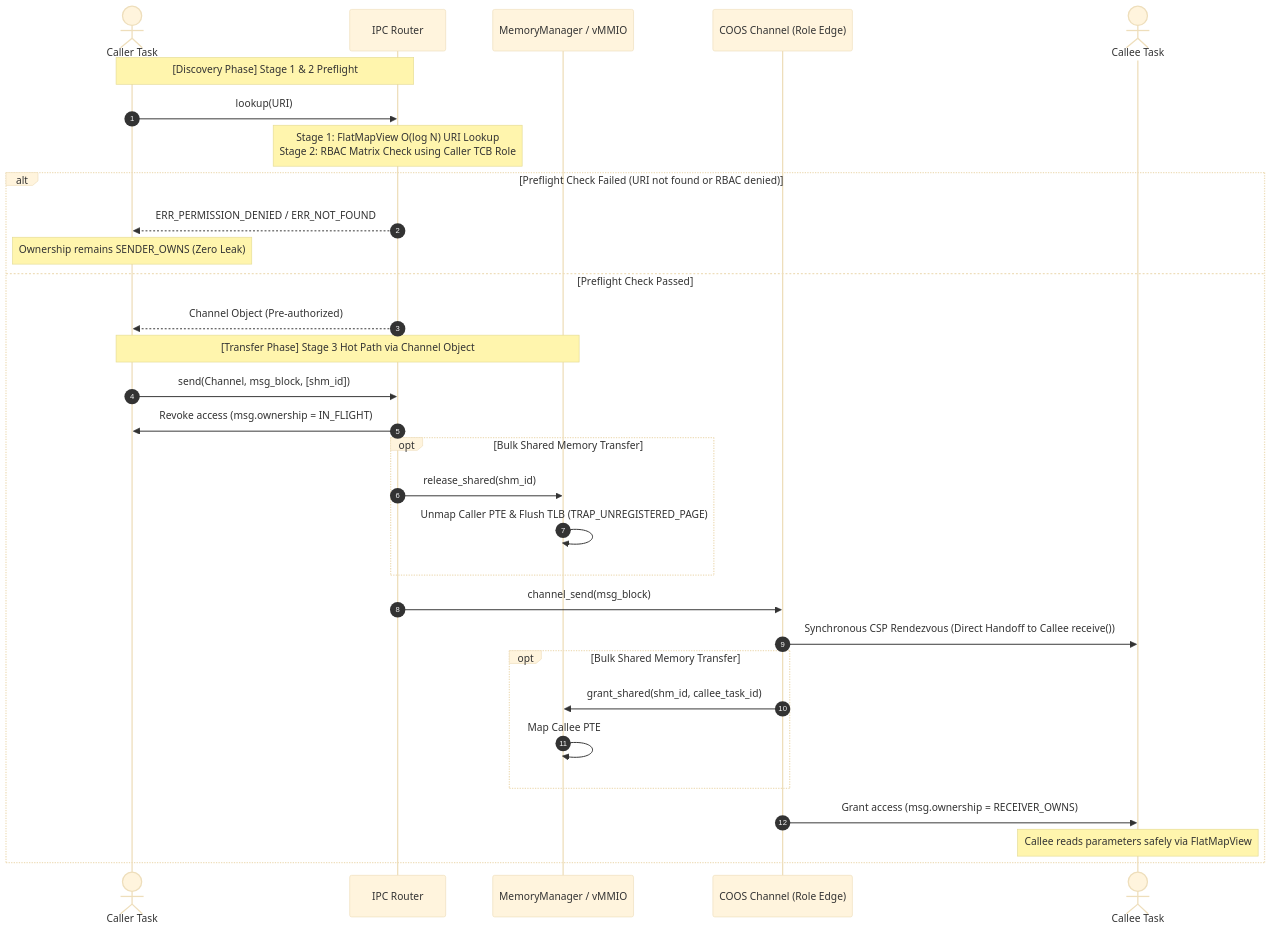
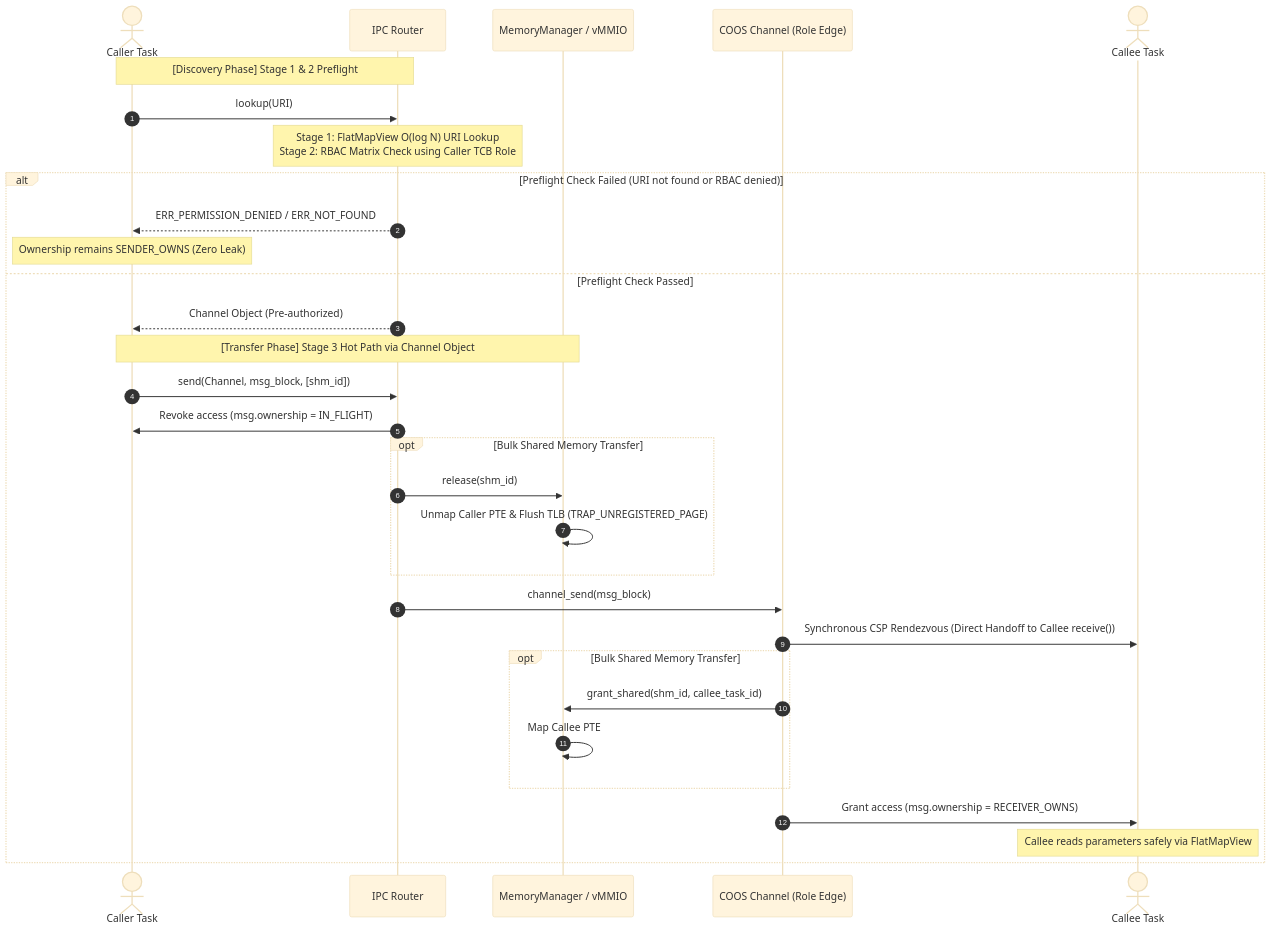
Before and after one commit to kmt-t/fireball: the second of 7 diagrams in docs/components/tier1_interface/ipc_router.md, drawn with Mermaid (base theme). The commit also changed 31 other files, not shown here.

````diff
--- a/docs/components/tier1_interface/ipc_router.md
+++ b/docs/components/tier1_interface/ipc_router.md
@@ -120,35 +120,35 @@
 ```mermaid
 sequenceDiagram
     autonumber
     actor Caller as Caller Task
     participant Router as IPC Router
     participant Mem as MemoryManager / vMMIO
     participant Ch as COOS Channel (Role Edge)
     actor Callee as Callee Task
 
     Note over Caller,Router: [Discovery Phase] Stage 1 & 2 Preflight
     Caller->>Router: lookup(URI)
     Note over Router: Stage 1: FlatMapView O(log N) URI Lookup<br/>Stage 2: RBAC Matrix Check using Caller TCB Role
     alt Preflight Check Failed (URI not found or RBAC denied)
         Router-->>Caller: ERR_PERMISSION_DENIED / ERR_NOT_FOUND
         Note over Caller: Ownership remains SENDER_OWNS (Zero Leak)
     else Preflight Check Passed
         Router-->>Caller: Channel Object (Pre-authorized)
 
         Note over Caller,Mem: [Transfer Phase] Stage 3 Hot Path via Channel Object
         Caller->>Router: send(Channel, msg_block, [shm_id])
         Router->>Caller: Revoke access (msg.ownership = IN_FLIGHT)
         opt Bulk Shared Memory Transfer
-            Router->>Mem: release_shared(shm_id)
+            Router->>Mem: release(shm_id)
             Mem->>Mem: Unmap Caller PTE & Flush TLB (TRAP_UNREGISTERED_PAGE)
         end
         Router->>Ch: channel_send(msg_block)
         Ch->>Callee: Synchronous CSP Rendezvous (Direct Handoff to Callee receive())
         opt Bulk Shared Memory Transfer
             Ch->>Mem: grant_shared(shm_id, callee_task_id)
             Mem->>Mem: Map Callee PTE
         end
         Ch->>Callee: Grant access (msg.ownership = RECEIVER_OWNS)
         Note over Callee: Callee reads parameters safely via FlatMapView
     end
 ```
````
